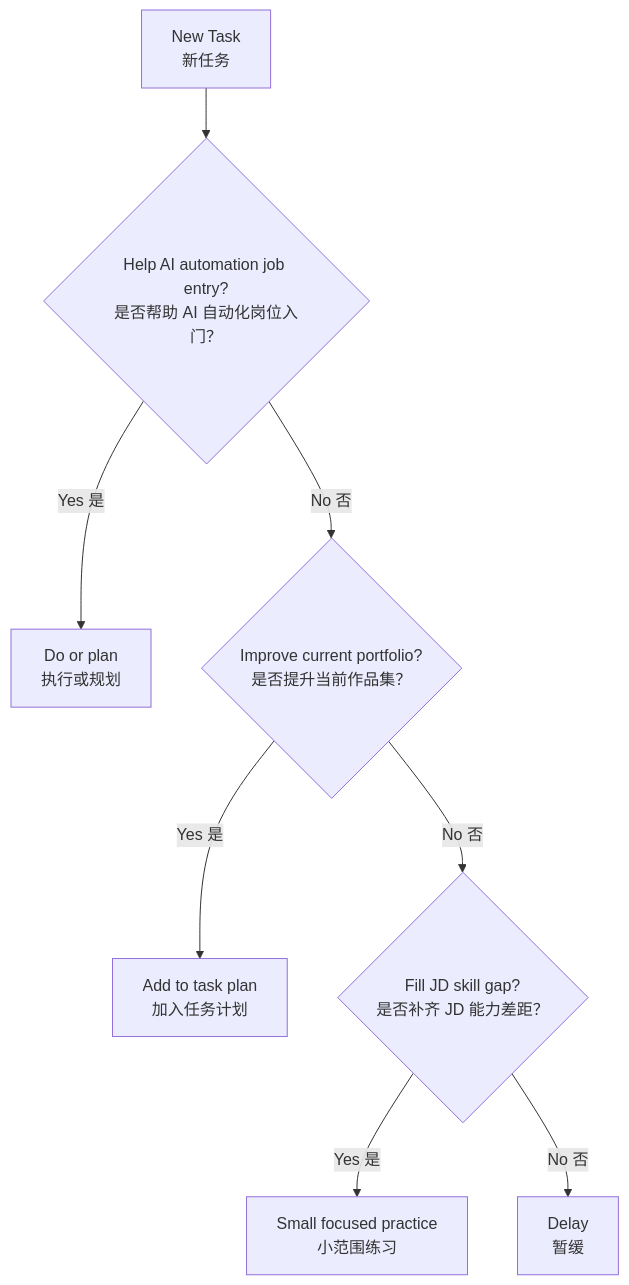
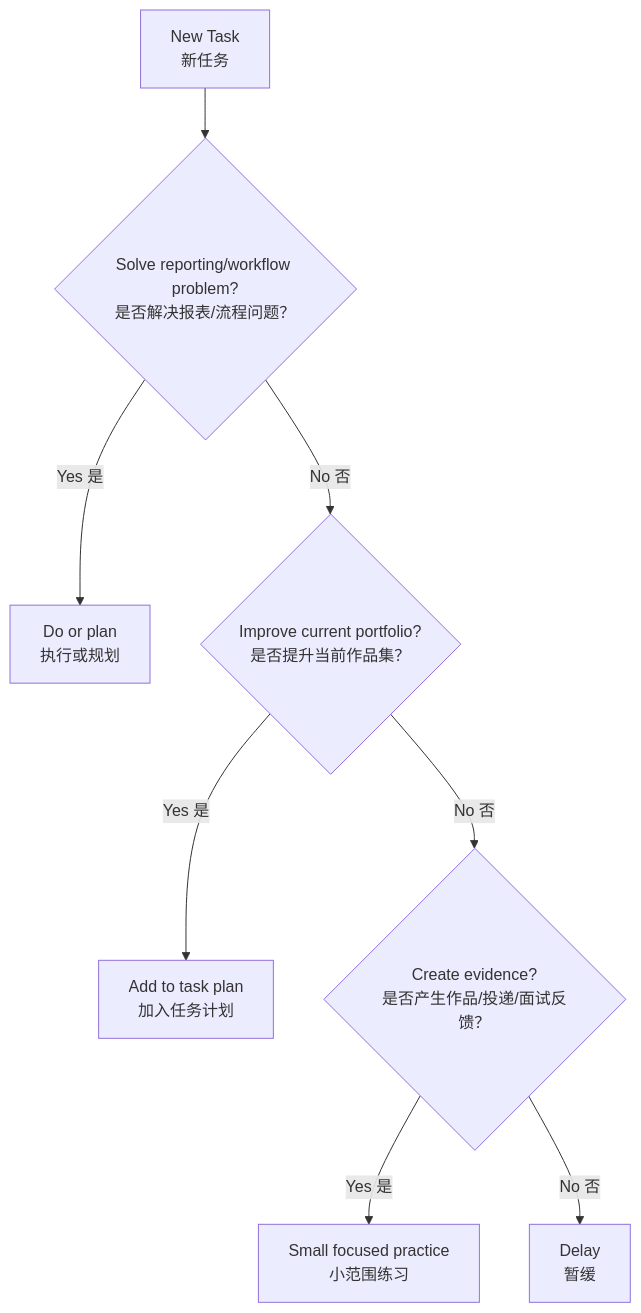
The third of 3 diagrams in task-plans/01-overall-roadmap.md (sai5585wo/work-plan), drawn with Mermaid before and after one commit. The commit also changed other lines of this file and 5 other files, not shown here.

Commit message:
Refine roadmap around reporting automation

````diff
--- a/task-plans/01-overall-roadmap.md
+++ b/task-plans/01-overall-roadmap.md
@@ -165,10 +170,10 @@
 ```mermaid
 flowchart TD
-    A["New Task<br/>新任务"] --> B{"Help AI automation job entry?<br/>是否帮助 AI 自动化岗位入门？"}
+    A["New Task<br/>新任务"] --> B{"Solve reporting/workflow problem?<br/>是否解决报表/流程问题？"}
     B -- "Yes 是" --> C["Do or plan<br/>执行或规划"]
     B -- "No 否" --> D{"Improve current portfolio?<br/>是否提升当前作品集？"}
     D -- "Yes 是" --> E["Add to task plan<br/>加入任务计划"]
-    D -- "No 否" --> F{"Fill JD skill gap?<br/>是否补齐 JD 能力差距？"}
+    D -- "No 否" --> F{"Create evidence?<br/>是否产生作品/投递/面试反馈？"}
     F -- "Yes 是" --> G["Small focused practice<br/>小范围练习"]
     F -- "No 否" --> H["Delay<br/>暂缓"]
 ```
````
